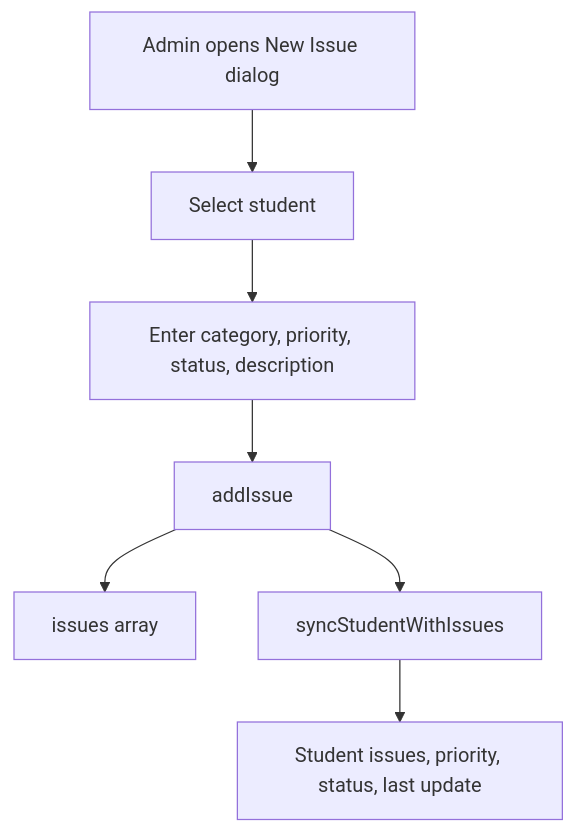
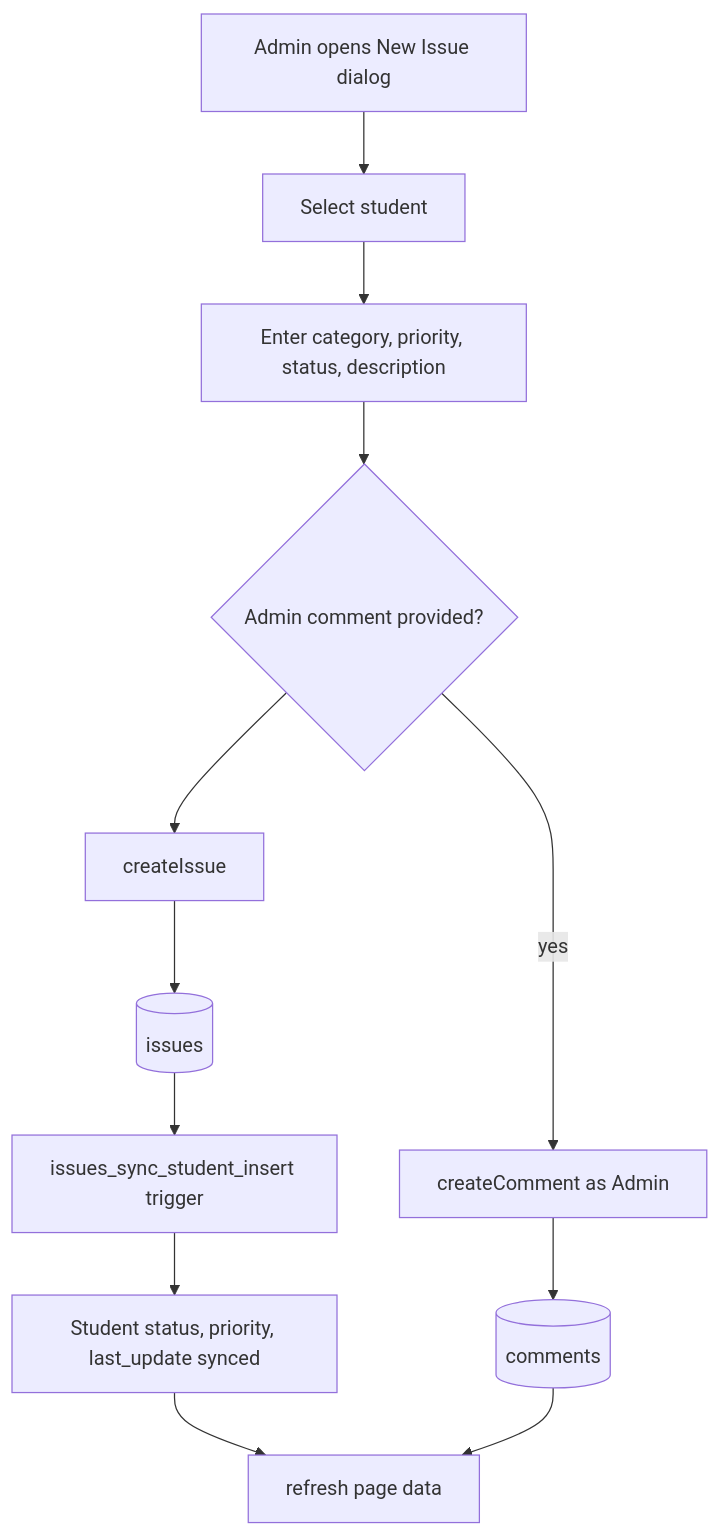
Before and after one commit to muhammadjamshed7/Assignmentwork: the seventh of 16 diagrams in SYSTEM_FLOW.md, drawn with Mermaid. The commit also changed other lines of this file and 56 other files, not shown here.

````diff
--- a/SYSTEM_FLOW.md
+++ b/SYSTEM_FLOW.md
@@ -147,9 +225,14 @@
 ```mermaid
 flowchart TD
   Admin[Admin opens New Issue dialog] --> SelectStudent[Select student]
   SelectStudent --> EnterIssue[Enter category, priority, status, description]
-  EnterIssue --> AddIssue[addIssue]
-  AddIssue --> IssuesArray[issues array]
-  AddIssue --> SyncStudent[syncStudentWithIssues]
-  SyncStudent --> StudentStatus[Student issues, priority, status, last update]
+  EnterIssue --> OptionalComment{Admin comment provided?}
+  OptionalComment --> CreateIssue[createIssue]
+  CreateIssue --> IssuesTable[(issues)]
+  IssuesTable --> IssueTrigger[issues_sync_student_insert trigger]
+  IssueTrigger --> StudentSummary[Student status, priority, last_update synced]
+  OptionalComment -- yes --> CreateComment[createComment as Admin]
+  CreateComment --> CommentsTable[(comments)]
+  StudentSummary --> Refresh[refresh page data]
+  CommentsTable --> Refresh
 ```
````
